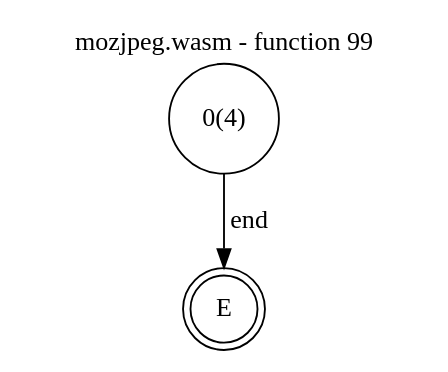
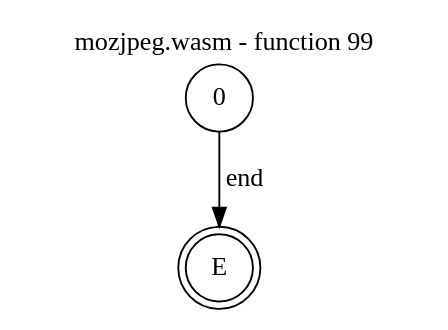
One commit to jsCarleton/wanalyze changed the diagram in test_cases/mozjpeg/funcs/mozjpeg-func99.dot. Above: the diagram before and after it, drawn with Graphviz. The commit also changed 531 other files, not shown here.

```diff
--- a/test_cases/mozjpeg/funcs/mozjpeg-func99.dot
+++ b/test_cases/mozjpeg/funcs/mozjpeg-func99.dot
@@ -1,11 +1,11 @@
 digraph finite_state_machine {
     label = "mozjpeg.wasm - function 99"
     labelloc =  t
     labelfontsize = 16
     labelfontcolor = black
     labelfontname = "Helvetica"
     node [shape = doublecircle]; E ;
-node [shape=circle, fontcolor=black, style="", label="0(4)"]0
+node [shape=circle, fontcolor=black, style="", label="0"]0
 node [shape=circle, fontcolor=black, style="", label="E"]E
     0 -> E[label="end"];
 }
```
